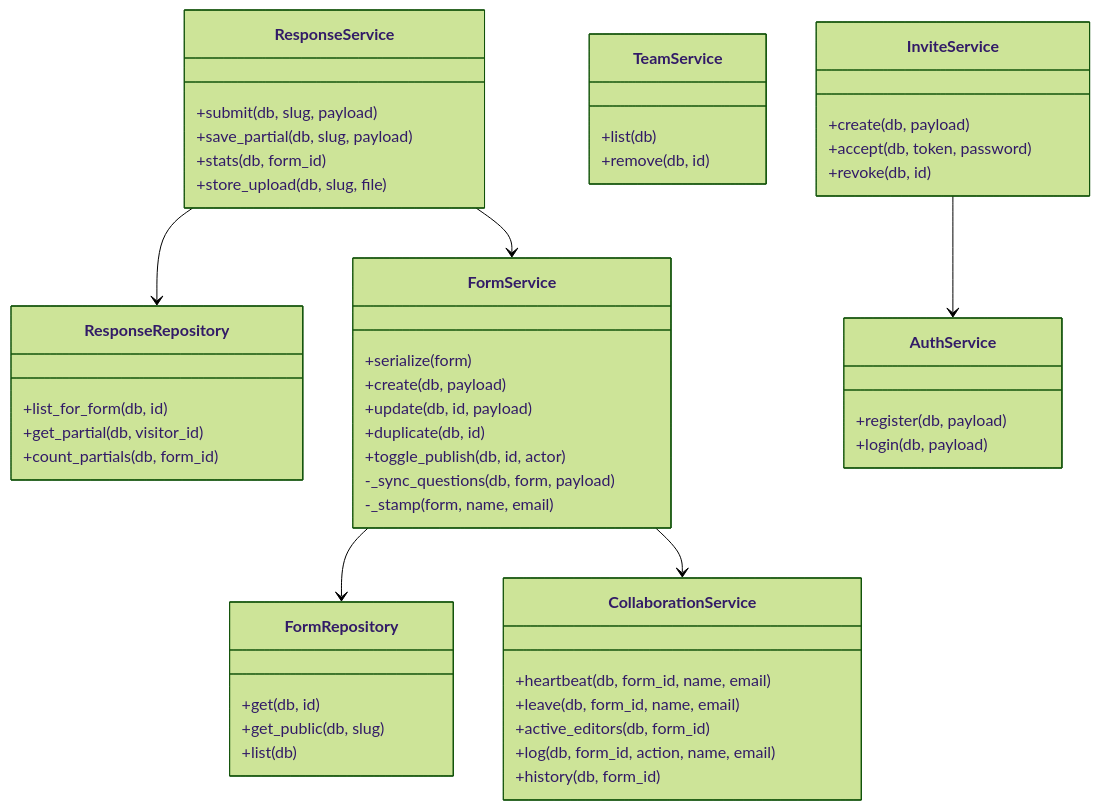
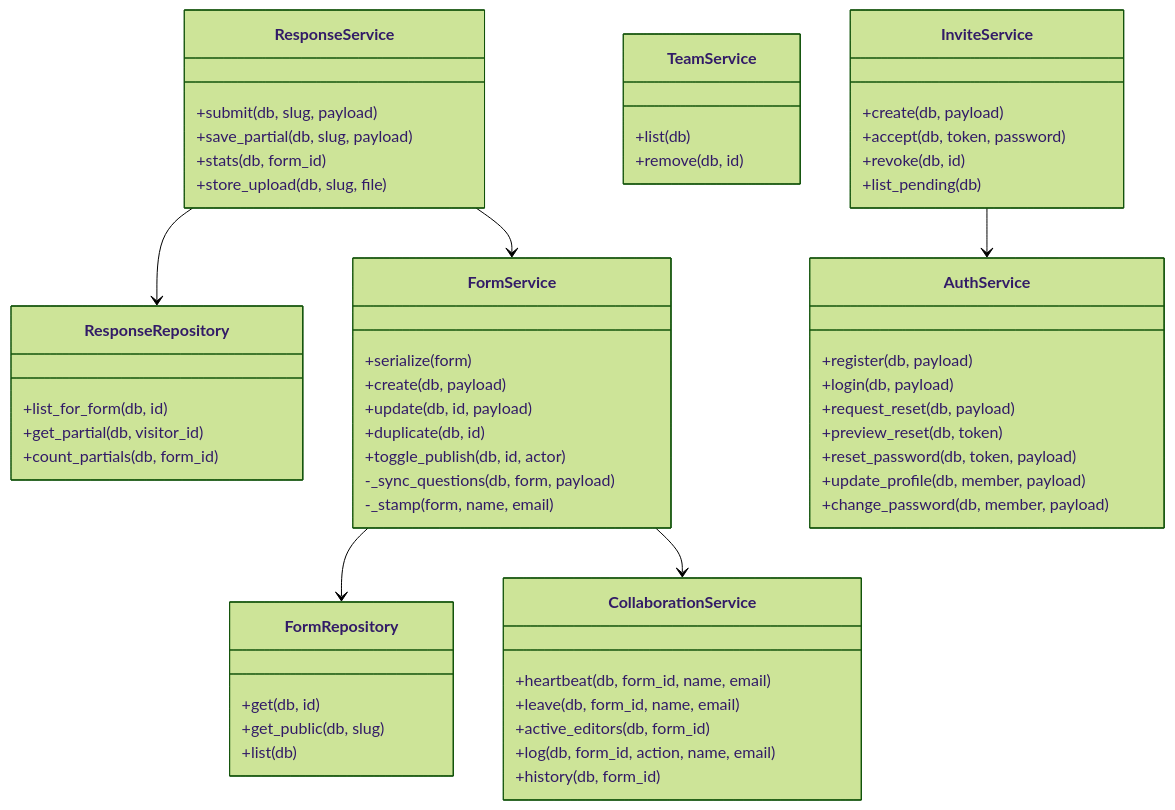
The second of 3 diagrams in docs/diagrams/class-uml.md (ruthwikkakumani/formly), drawn with Mermaid (forest theme) before and after one commit. The commit also changed other lines of this file and 65 other files, not shown here.

````diff
--- a/docs/diagrams/class-uml.md
+++ b/docs/diagrams/class-uml.md
@@ -95,53 +104,59 @@
 ```mermaid
 classDiagram
   class FormRepository {
     +get(db, id)
     +get_public(db, slug)
     +list(db)
   }
   class ResponseRepository {
     +list_for_form(db, id)
     +get_partial(db, visitor_id)
     +count_partials(db, form_id)
   }
   class FormService {
     +serialize(form)
     +create(db, payload)
     +update(db, id, payload)
     +duplicate(db, id)
     +toggle_publish(db, id, actor)
     -_sync_questions(db, form, payload)
     -_stamp(form, name, email)
   }
   class CollaborationService {
     +heartbeat(db, form_id, name, email)
     +leave(db, form_id, name, email)
     +active_editors(db, form_id)
     +log(db, form_id, action, name, email)
     +history(db, form_id)
   }
   class ResponseService {
     +submit(db, slug, payload)
     +save_partial(db, slug, payload)
     +stats(db, form_id)
     +store_upload(db, slug, file)
   }
   class TeamService {
     +list(db)
     +remove(db, id)
   }
   class AuthService {
     +register(db, payload)
     +login(db, payload)
+    +request_reset(db, payload)
+    +preview_reset(db, token)
+    +reset_password(db, token, payload)
+    +update_profile(db, member, payload)
+    +change_password(db, member, payload)
   }
   class InviteService {
     +create(db, payload)
     +accept(db, token, password)
     +revoke(db, id)
+    +list_pending(db)
   }
   FormService --> FormRepository
   FormService --> CollaborationService
   ResponseService --> FormService
   ResponseService --> ResponseRepository
   InviteService --> AuthService
 ```
````
